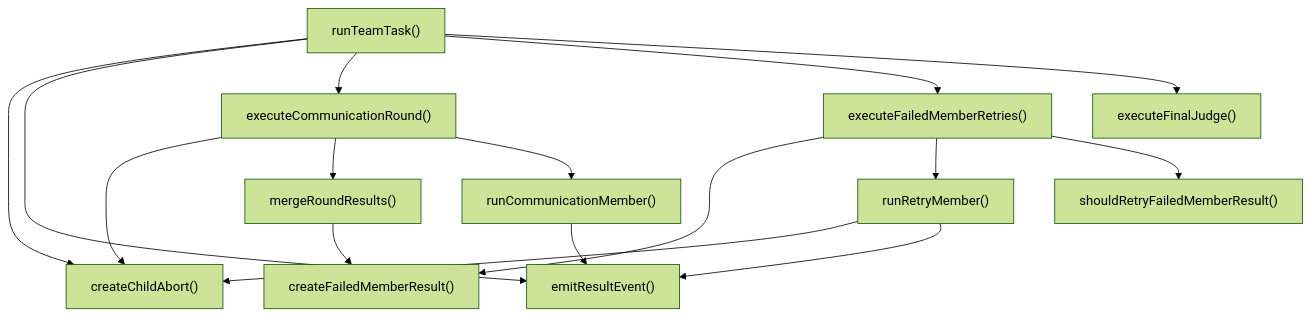
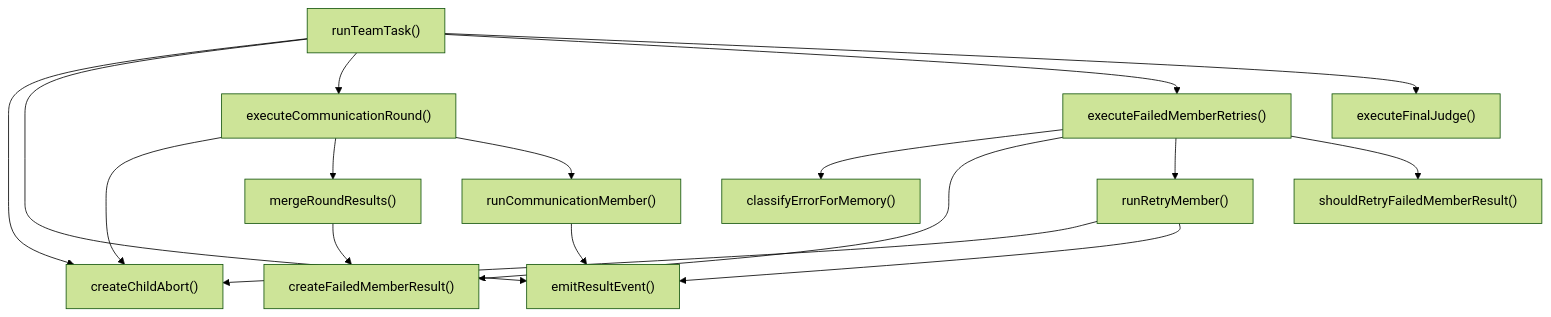
The third of 4 diagrams in ABDD/.pi/extensions/agent-teams/team-orchestrator.md (Mekann2904/mekann), drawn with Mermaid (forest theme) before and after one commit. The commit also changed other lines of this file and 257 other files, not shown here.

````diff
--- a/ABDD/.pi/extensions/agent-teams/team-orchestrator.md
+++ b/ABDD/.pi/extensions/agent-teams/team-orchestrator.md
@@ -124,29 +124,31 @@
 ```mermaid
 flowchart TD
+  classifyErrorForMemory["classifyErrorForMemory()"]
   createChildAbort["createChildAbort()"]
   createFailedMemberResult["createFailedMemberResult()"]
   emitResultEvent["emitResultEvent()"]
   executeCommunicationRound["executeCommunicationRound()"]
   executeFailedMemberRetries["executeFailedMemberRetries()"]
   executeFinalJudge["executeFinalJudge()"]
   mergeRoundResults["mergeRoundResults()"]
   runCommunicationMember["runCommunicationMember()"]
   runRetryMember["runRetryMember()"]
   runTeamTask["runTeamTask()"]
   shouldRetryFailedMemberResult["shouldRetryFailedMemberResult()"]
   executeCommunicationRound --> createChildAbort
   executeCommunicationRound --> mergeRoundResults
   executeCommunicationRound --> runCommunicationMember
+  executeFailedMemberRetries --> classifyErrorForMemory
   executeFailedMemberRetries --> createFailedMemberResult
   executeFailedMemberRetries --> runRetryMember
   executeFailedMemberRetries --> shouldRetryFailedMemberResult
   mergeRoundResults --> createFailedMemberResult
   runCommunicationMember --> emitResultEvent
   runRetryMember --> createChildAbort
   runRetryMember --> emitResultEvent
   runTeamTask --> createChildAbort
   runTeamTask --> emitResultEvent
   runTeamTask --> executeCommunicationRound
   runTeamTask --> executeFailedMemberRetries
   runTeamTask --> executeFinalJudge
 ```
````
